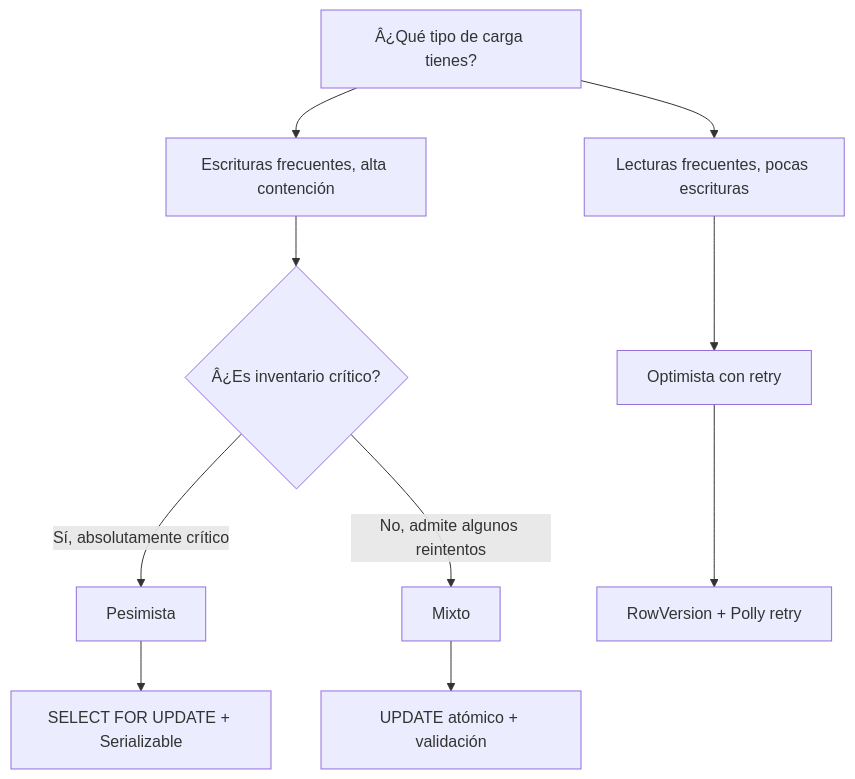
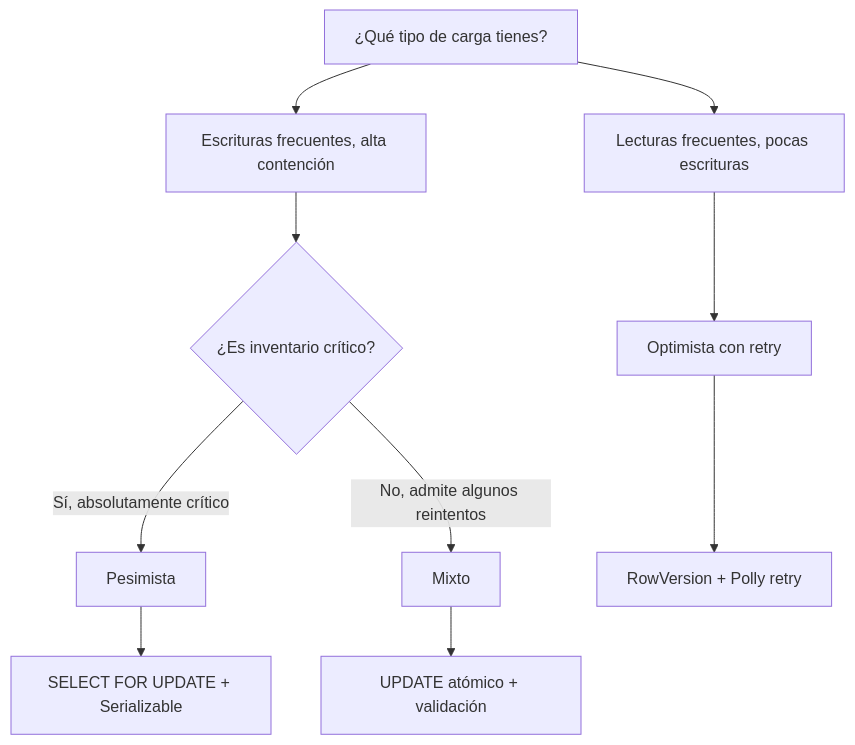
Before and after one commit to joseluisgs/TiendaDawApi-Cqrs-MediatR-NetCore: the eighth of 10 diagrams in doc/15-pedidos-transacciones.md, drawn with Mermaid. The commit also changed other lines of this file and 27 other files, not shown here.

````diff
--- a/doc/15-pedidos-transacciones.md
+++ b/doc/15-pedidos-transacciones.md
@@ -1105,15 +1105,15 @@
 ```mermaid
 flowchart TD
-    A["Â¿Qué tipo de carga tienes?"] --> B["Escrituras frecuentes, alta contención"]
+    A["¿Qué tipo de carga tienes?"] --> B["Escrituras frecuentes, alta contención"]
     A --> C["Lecturas frecuentes, pocas escrituras"]
     
-    B --> D{"Â¿Es inventario crítico?"}
+    B --> D{"¿Es inventario crítico?"}
     D -->|Sí, absolutamente crítico| E["Pesimista"]
     D -->|No, admite algunos reintentos| F["Mixto"]
     
     C --> G["Optimista con retry"]
     
     E --> H["SELECT FOR UPDATE + Serializable"]
     F --> I["UPDATE atómico + validación"]
     G --> J["RowVersion + Polly retry"]
 ```
````
